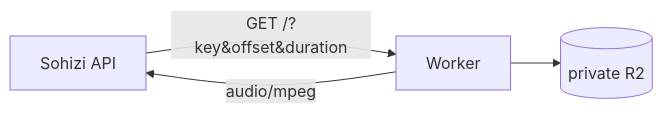
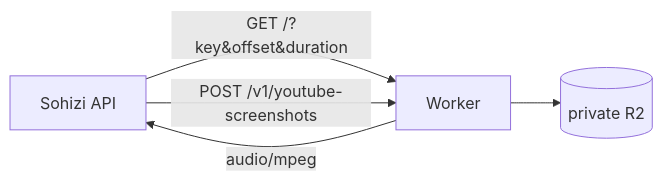
The diagram in apps/cloudflare/README.md (sohizi-entreprise/sohizi-ai-content), drawn with Mermaid before and after one commit. The commit also changed other lines of this file and 13 other files, not shown here.

````diff
--- a/apps/cloudflare/README.md
+++ b/apps/cloudflare/README.md
@@ -5,6 +5,7 @@
 ```mermaid
 flowchart LR
   Api[Sohizi API] -->|"GET /?key&offset&duration"| Worker[Worker]
+  Api -->|"POST /v1/youtube-screenshots"| Worker
   Worker --> R2[(private R2)]
   Worker -->|"audio/mpeg"| Api
 ```
````
